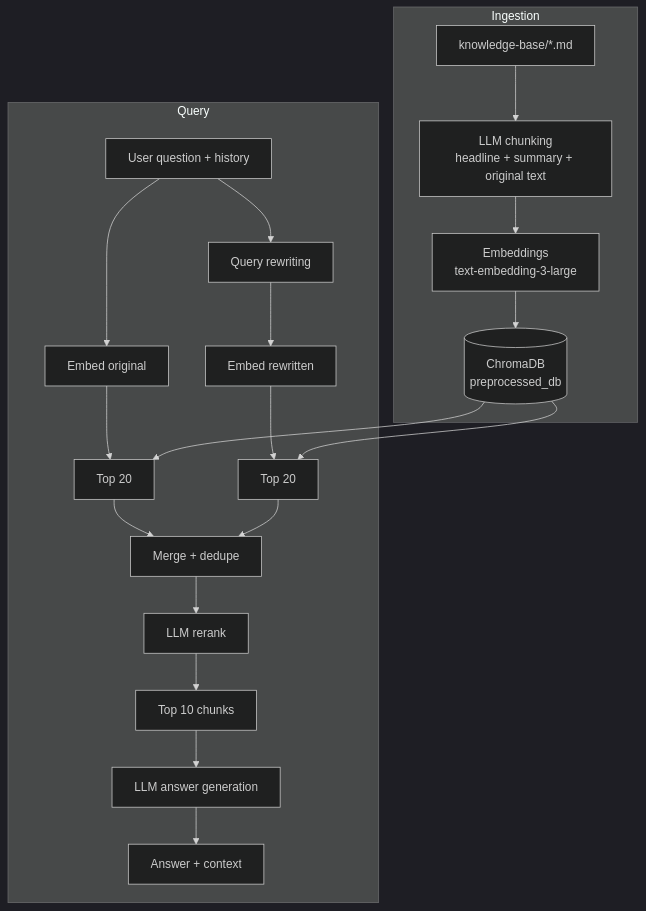
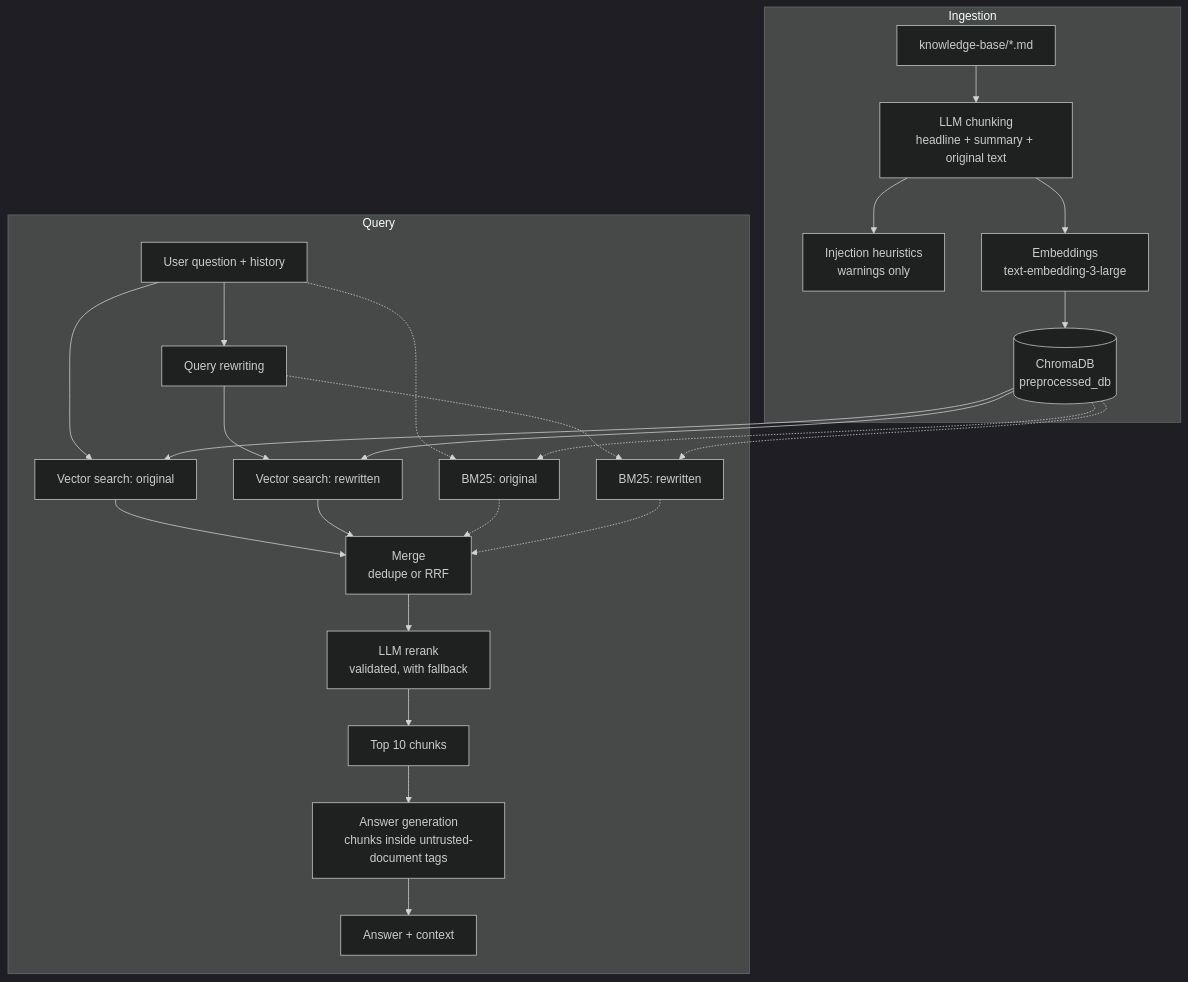
The diagram in README.md (Nikita28007/RAG-pipeline), drawn with Mermaid (dark theme) before and after one commit. The commit also changed other lines of this file and 19 other files, not shown here.

````diff
--- a/README.md
+++ b/README.md
@@ -18,24 +35,29 @@
 ```mermaid
 flowchart TD
     subgraph Ingestion
         A[knowledge-base/*.md] --> B[LLM chunking<br/>headline + summary + original text]
+        B --> S[Injection heuristics<br/>warnings only]
         B --> C[Embeddings<br/>text-embedding-3-large]
         C --> D[(ChromaDB<br/>preprocessed_db)]
     end
 
     subgraph Query
         Q[User question + history] --> R[Query rewriting]
-        Q --> E1[Embed original]
-        R --> E2[Embed rewritten]
-        E1 --> S1[Top 20]
-        E2 --> S2[Top 20]
-        D --> S1
-        D --> S2
-        S1 --> M[Merge + dedupe]
-        S2 --> M
-        M --> RR[LLM rerank]
-        RR --> K[Top 10 chunks]
-        K --> G[LLM answer generation]
+        Q --> E1[Vector search: original]
+        R --> E2[Vector search: rewritten]
+        D --> E1
+        D --> E2
+        Q -.-> K1[BM25: original]
+        R -.-> K2[BM25: rewritten]
+        D -.-> K1
+        D -.-> K2
+        E1 --> M[Merge<br/>dedupe or RRF]
+        E2 --> M
+        K1 -.-> M
+        K2 -.-> M
+        M --> RR[LLM rerank<br/>validated, with fallback]
+        RR --> T[Top 10 chunks]
+        T --> G[Answer generation<br/>chunks inside untrusted-document tags]
         G --> OUT[Answer + context]
     end
 ```
````
